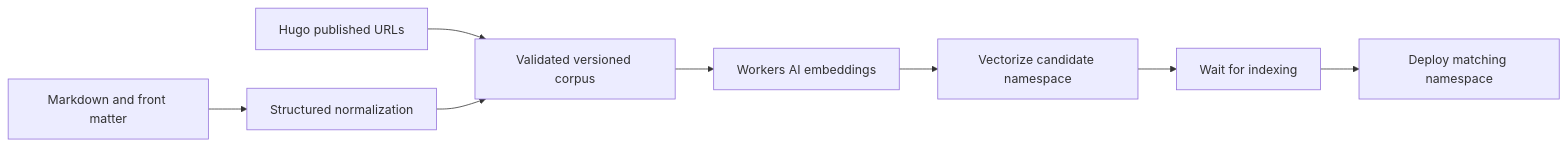
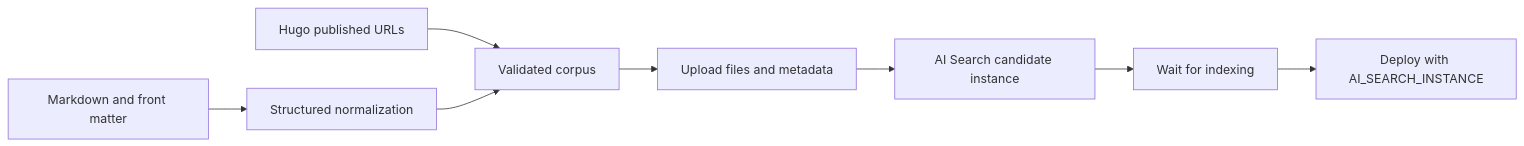
Before and after one commit to sgama/sg: the fifth of 6 diagrams in content/posts/2026-01-25-ai-chat/index.md, drawn with Mermaid. The commit also changed other lines of this file and 5 other files, not shown here.

```diff
--- a/content/posts/2026-01-25-ai-chat/index.md
+++ b/content/posts/2026-01-25-ai-chat/index.md
@@ -144,10 +139,10 @@
 {{< mermaid >}}
 flowchart LR
     Content[Markdown and front matter] --> AST[Structured normalization]
-    Hugo[Hugo published URLs] --> Corpus[Validated versioned corpus]
+    Hugo[Hugo published URLs] --> Corpus[Validated corpus]
     AST --> Corpus
-    Corpus --> Embeddings[Workers AI embeddings]
-    Embeddings --> Index[Vectorize candidate namespace]
+    Corpus --> Upload[Upload files and metadata]
+    Upload --> Index[AI Search candidate instance]
     Index --> Ready[Wait for indexing]
-    Ready --> Deploy[Deploy matching namespace]
+    Ready --> Deploy[Deploy with AI_SEARCH_INSTANCE]
 {{< /mermaid >}}
```
